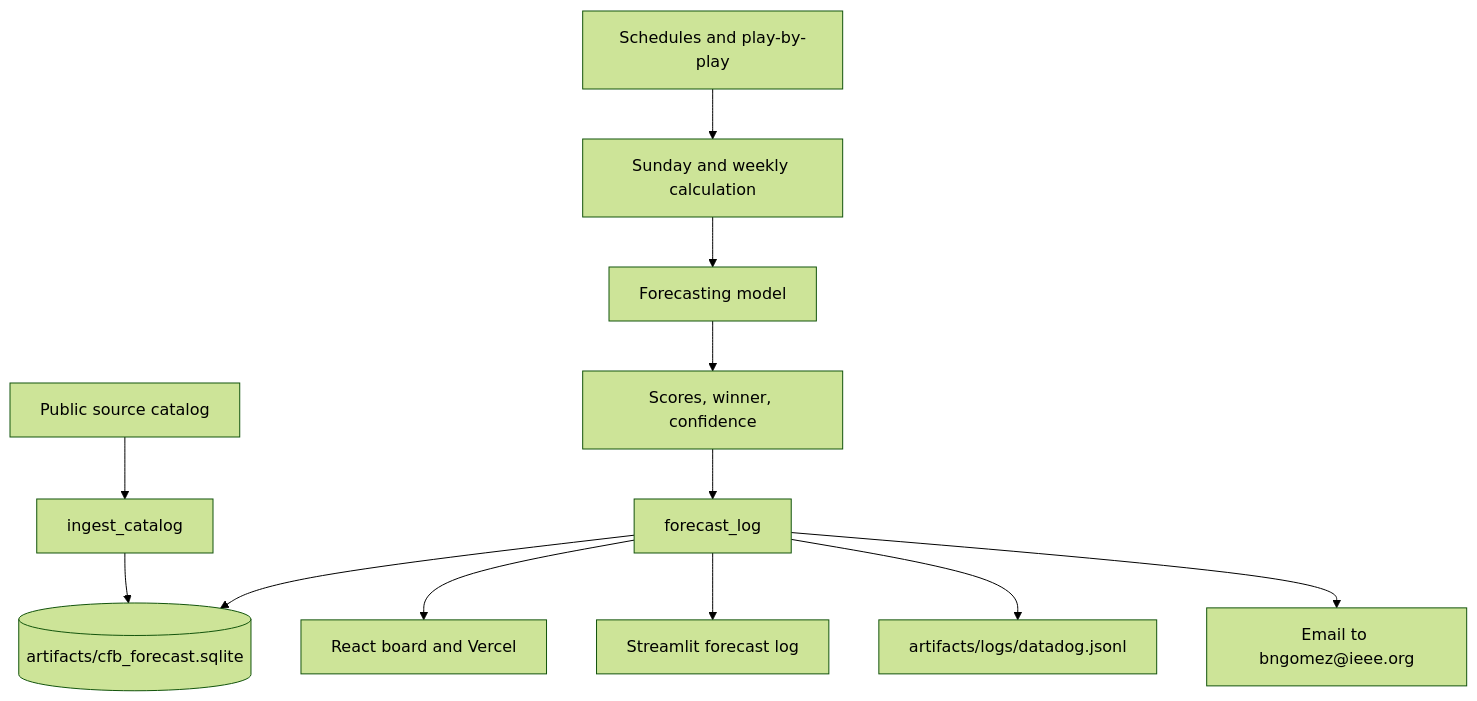
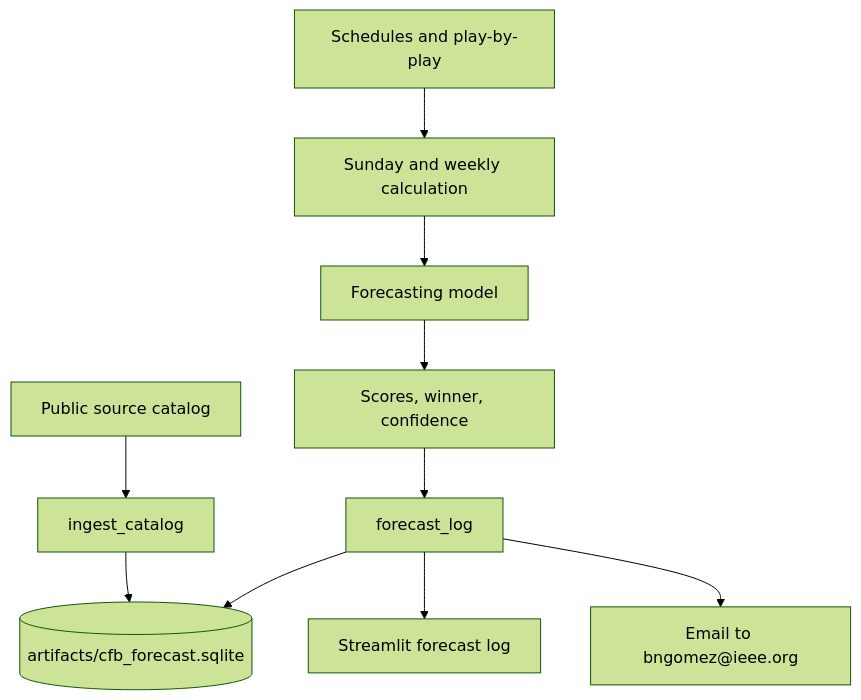
The first of 3 diagrams in README.md (bngomez98/cfb-forecast), drawn with Mermaid (forest theme) before and after one commit. The commit also changed other lines of this file and 64 other files, not shown here.

````diff
--- a/README.md
+++ b/README.md
@@ -39,14 +25,12 @@
 ```mermaid
 flowchart TD
   sources[Public source catalog] --> ingest[ingest_catalog]
   schedules[Schedules and play-by-play] --> sunday[Sunday and weekly calculation]
   ingest --> sqlite[(artifacts/cfb_forecast.sqlite)]
   sunday --> head[Forecasting model]
   head --> board[Scores, winner, confidence]
   board --> log[forecast_log]
   log --> sqlite
-  log --> react[React board and Vercel]
   log --> streamlit[Streamlit forecast log]
-  log --> datadog[artifacts/logs/datadog.jsonl]
   log --> mail[Email to bngomez@ieee.org]
 ```
````
